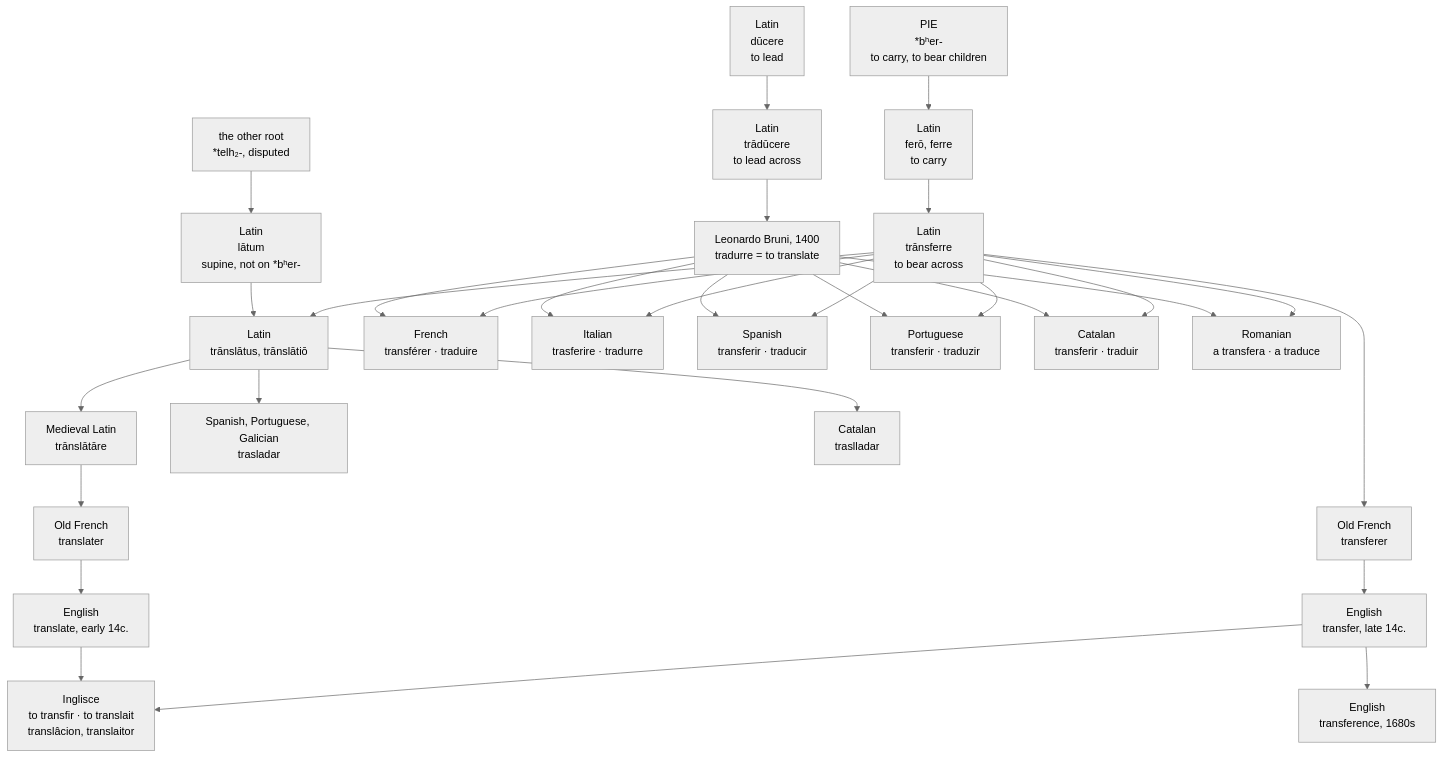
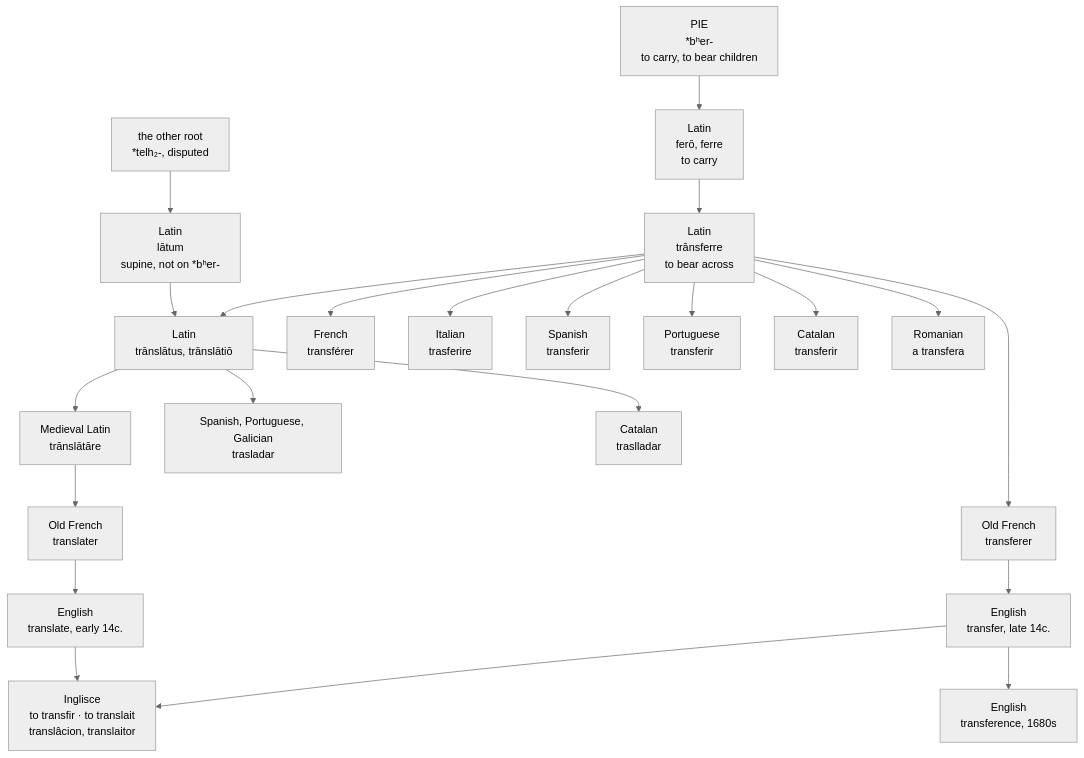
One commit to dionys93/ety-dictionary changed the diagram in data-text/inglisce/etymology/comparisons/t/transfer-translate.md. Above: the diagram before and after it, drawn with Mermaid (neutral theme).

````diff
--- a/data-text/inglisce/etymology/comparisons/t/transfer-translate.md
+++ b/data-text/inglisce/etymology/comparisons/t/transfer-translate.md
@@ -61,57 +61,46 @@
 ```mermaid
 flowchart TD
     BHER["PIE<br/>*bʰer-<br/>to carry, to bear children"]
     OTHR["the other root<br/>*telh₂-, disputed"]
     FER["Latin<br/>ferō, ferre<br/>to carry"]
     LAT["Latin<br/>lātum<br/>supine, not on *bʰer-"]
     TRF["Latin<br/>trānsferre<br/>to bear across"]
     TRL["Latin<br/>trānslātus, trānslātiō"]
     MLT["Medieval Latin<br/>trānslātāre"]
-    DUC["Latin<br/>dūcere<br/>to lead"]
-    TDC["Latin<br/>trādūcere<br/>to lead across"]
-    BRU["Leonardo Bruni, 1400<br/>tradurre = to translate"]
     OFT["Old French<br/>translater"]
     OFV["Old French<br/>transferer"]
     ENT["English<br/>translate, early 14c."]
     ENV["English<br/>transfer, late 14c."]
     ENC["English<br/>transference, 1680s"]
     ING["Inglisce<br/>to transfir · to translait<br/>translâcion, translaitor"]
-    FRA["French<br/>transférer · traduire"]
-    ITA["Italian<br/>trasferire · tradurre"]
-    SPA["Spanish<br/>transferir · traducir"]
-    POR["Portuguese<br/>transferir · traduzir"]
-    CAT["Catalan<br/>transferir · traduir"]
-    ROM["Romanian<br/>a transfera · a traduce"]
+    FRA["French<br/>transférer"]
+    ITA["Italian<br/>trasferire"]
+    SPA["Spanish<br/>transferir"]
+    POR["Portuguese<br/>transferir"]
+    CAT["Catalan<br/>transferir"]
+    ROM["Romanian<br/>a transfera"]
     SPL["Spanish, Portuguese, Galician<br/>trasladar"]
     CAL["Catalan<br/>traslladar"]
 
     BHER --> FER
     OTHR --> LAT
     FER --> TRF
     LAT --> TRL
     TRF --> TRL
     TRL --> MLT
     MLT --> OFT
     TRF --> OFV
     OFT --> ENT
     OFV --> ENV
     ENV --> ENC
     ENT --> ING
     ENV --> ING
     TRL --> SPL
     TRL --> CAL
-    DUC --> TDC
-    TDC --> BRU
-    BRU --> FRA
-    BRU --> ITA
-    BRU --> SPA
-    BRU --> POR
-    BRU --> CAT
-    BRU --> ROM
     TRF --> FRA
     TRF --> ITA
     TRF --> SPA
     TRF --> POR
     TRF --> CAT
     TRF --> ROM
 ```
````
